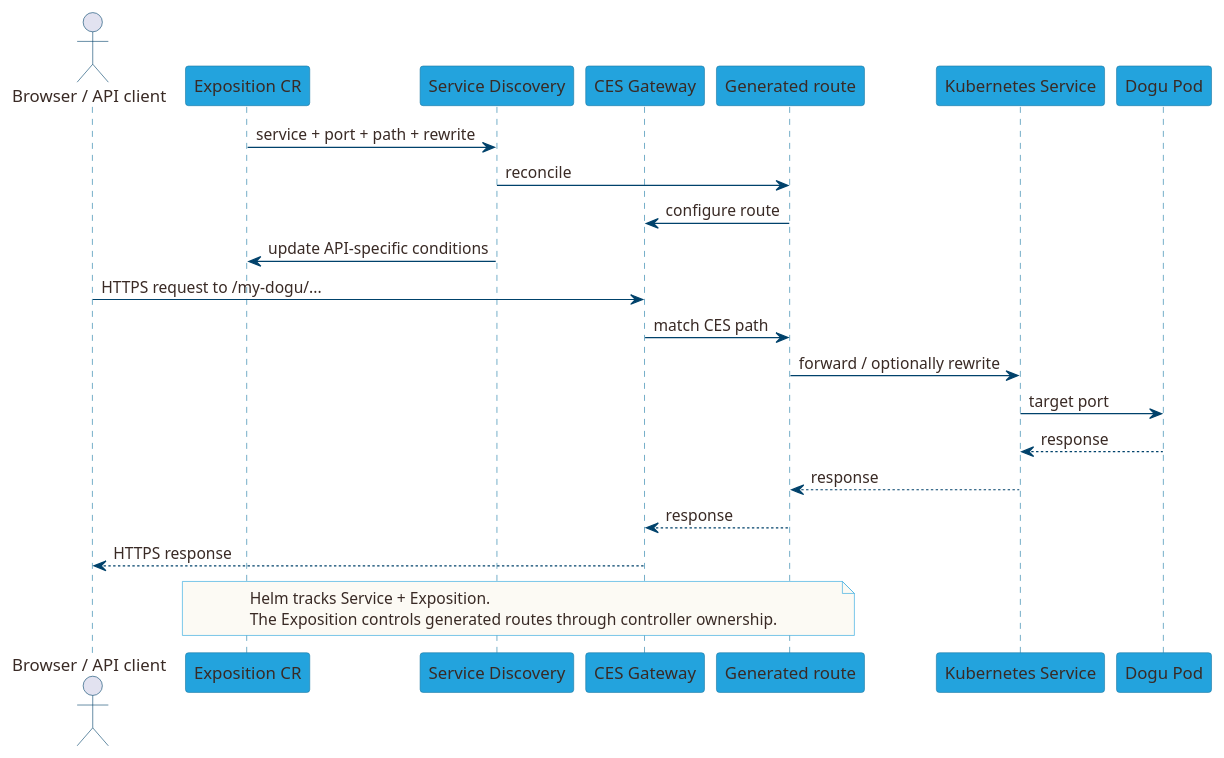
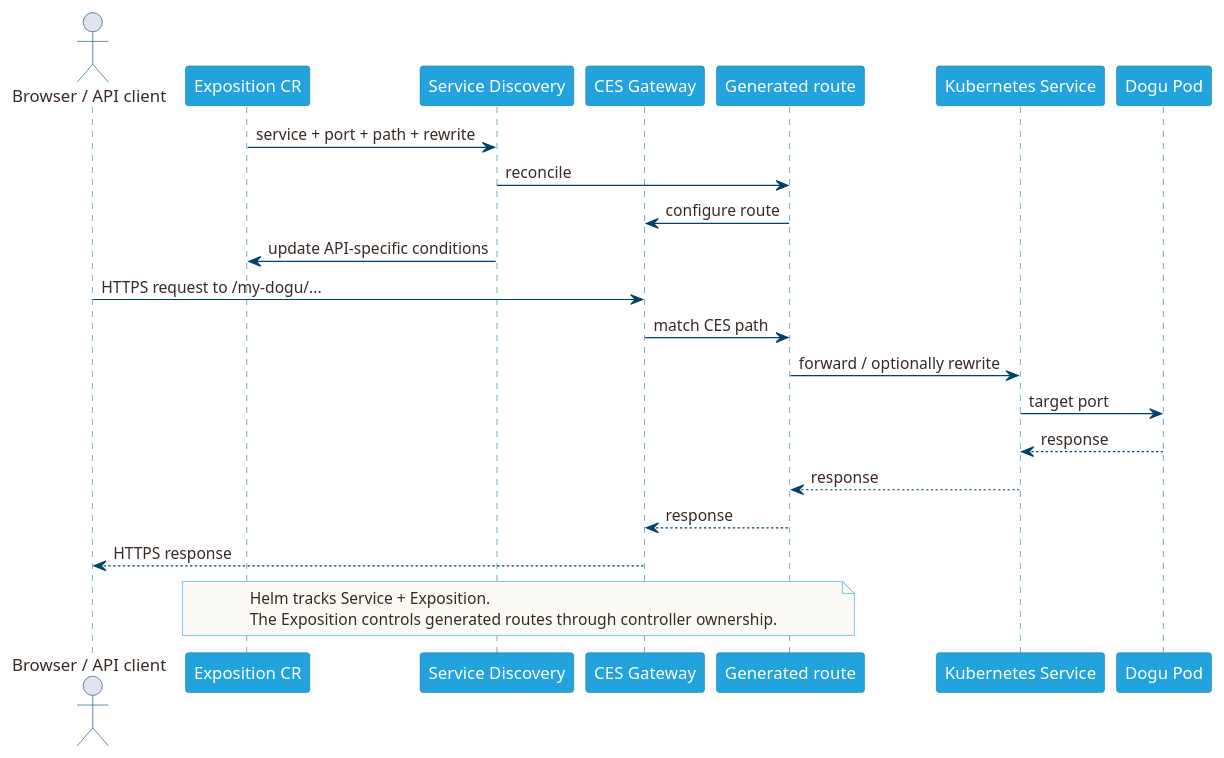
Before and after one commit to cloudogu/dogu-development-docs: the diagram in docs/v3/images/multinode-request-routing.puml, drawn with PlantUML. The commit also changed 5 other files, not shown here.

Commit message:
#88 Use white font color for blue boxes in Multinode diagrams

```diff
--- a/docs/v3/images/multinode-request-routing.puml
+++ b/docs/v3/images/multinode-request-routing.puml
@@ -1,45 +1,45 @@
 @startuml
 skinparam backgroundColor white
 skinparam shadowing false
 skinparam ActorBorderColor #00426B
 skinparam ActorFontColor #392A25
 skinparam NoteBackgroundColor #FCFAF4
 skinparam NoteBorderColor #23A3DD
 skinparam NoteFontColor #392A25
 skinparam sequence {
   ArrowColor #00426B
   ArrowFontColor #392A25
   LifeLineBorderColor #1978A3
   ParticipantBackgroundColor #23A3DD
   ParticipantBorderColor #1978A3
-  ParticipantFontColor #392A25
+  ParticipantFontColor #FFFFFF
 }
 
 actor "Browser / API client" as client
 participant "Exposition CR" as exposition
 participant "Service Discovery" as discovery
 participant "CES Gateway" as gateway
 participant "Generated route" as route
 participant "Kubernetes Service" as service
 participant "Dogu Pod" as pod
 
 exposition -> discovery : service + port + path + rewrite
 discovery -> route : reconcile
 route -> gateway : configure route
 discovery -> exposition : update API-specific conditions
 
 client -> gateway : HTTPS request to /my-dogu/...
 gateway -> route : match CES path
 route -> service : forward / optionally rewrite
 service -> pod : target port
 pod --> service : response
 service --> route : response
 route --> gateway : response
 gateway --> client : HTTPS response
 
 note over exposition,route
 Helm tracks Service + Exposition.
 The Exposition controls generated routes through controller ownership.
 end note
 
 @enduml
```
